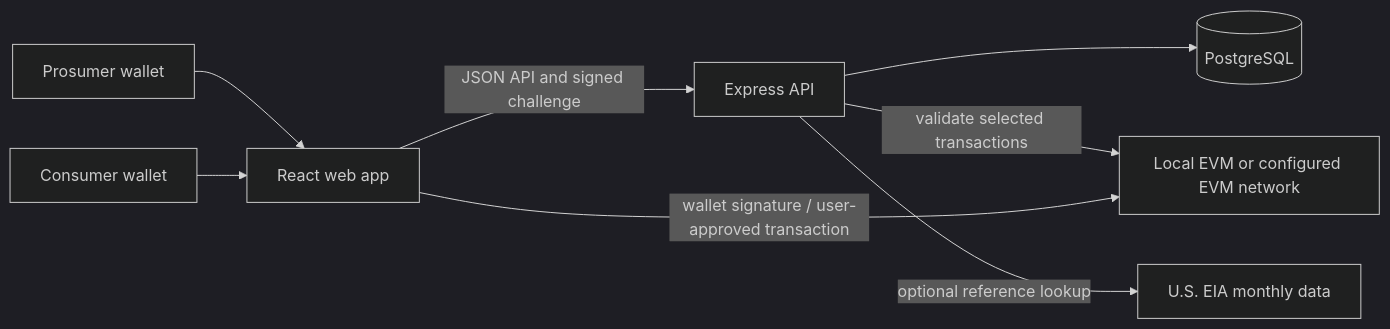
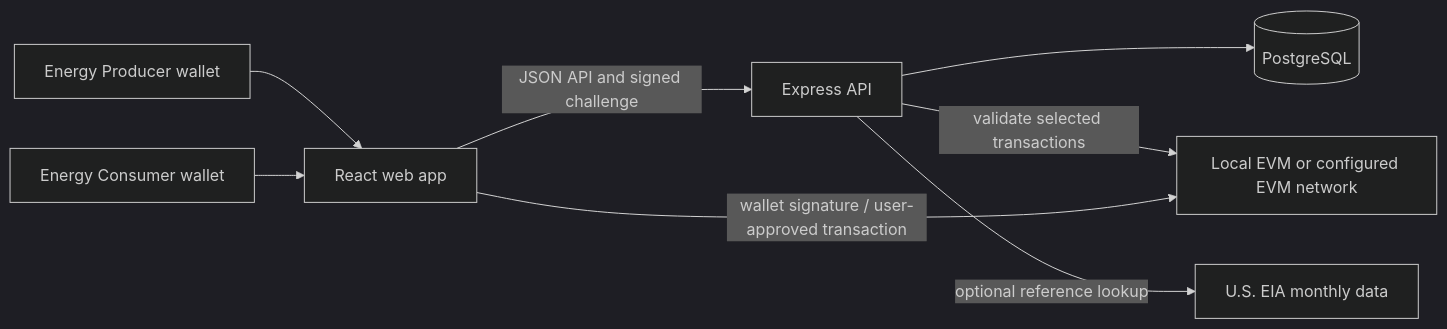
One commit to brijendr4/Bright_Ledger changed the diagram in README.md. Above: the diagram before and after it, drawn with Mermaid (dark theme). The commit also changed other lines of this file and 21 other files, not shown here.

````diff
--- a/README.md
+++ b/README.md
@@ -53,10 +54,10 @@
 ```mermaid
 flowchart LR
-  Seller[Prosumer wallet] --> UI[React web app]
-  Buyer[Consumer wallet] --> UI
+  Producer[Energy Producer wallet] --> UI[React web app]
+  Consumer[Energy Consumer wallet] --> UI
   UI -->|JSON API and signed challenge| API[Express API]
   API --> DB[(PostgreSQL)]
   API -->|validate selected transactions| EVM[Local EVM or configured EVM network]
   UI -->|wallet signature / user-approved transaction| EVM
   API -->|optional reference lookup| EIA[U.S. EIA monthly data]
 ```
````
